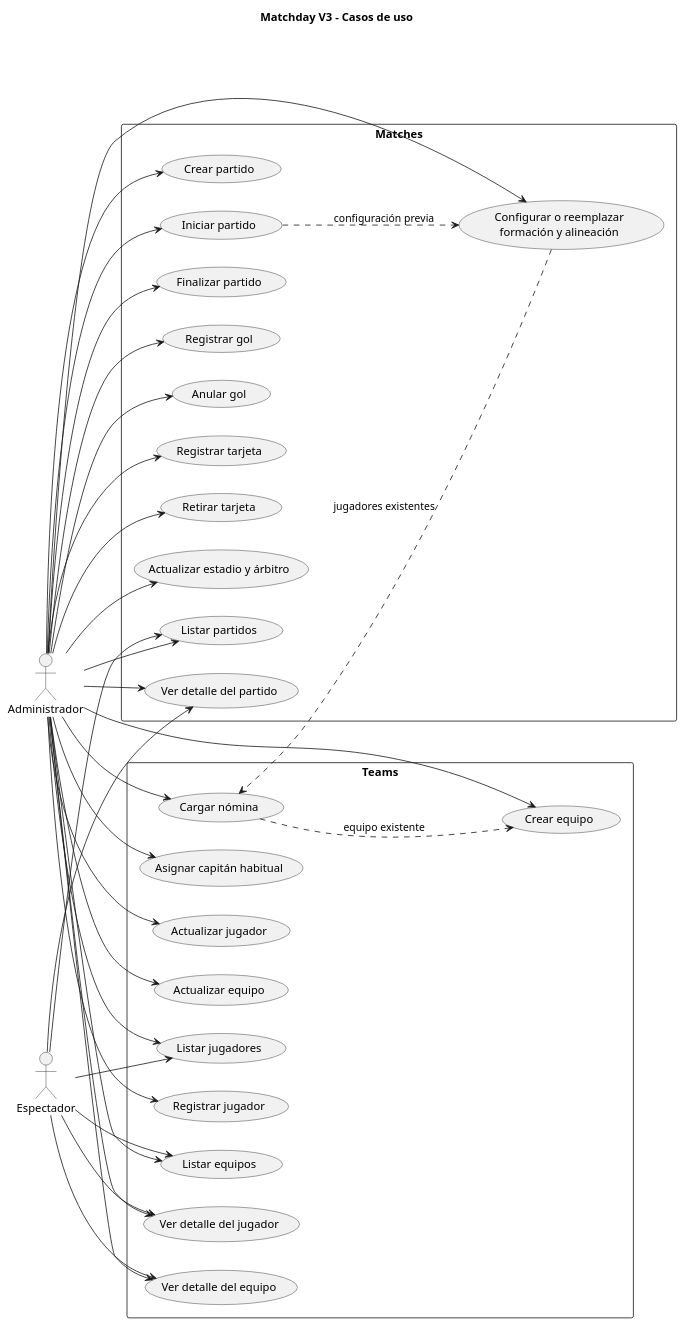
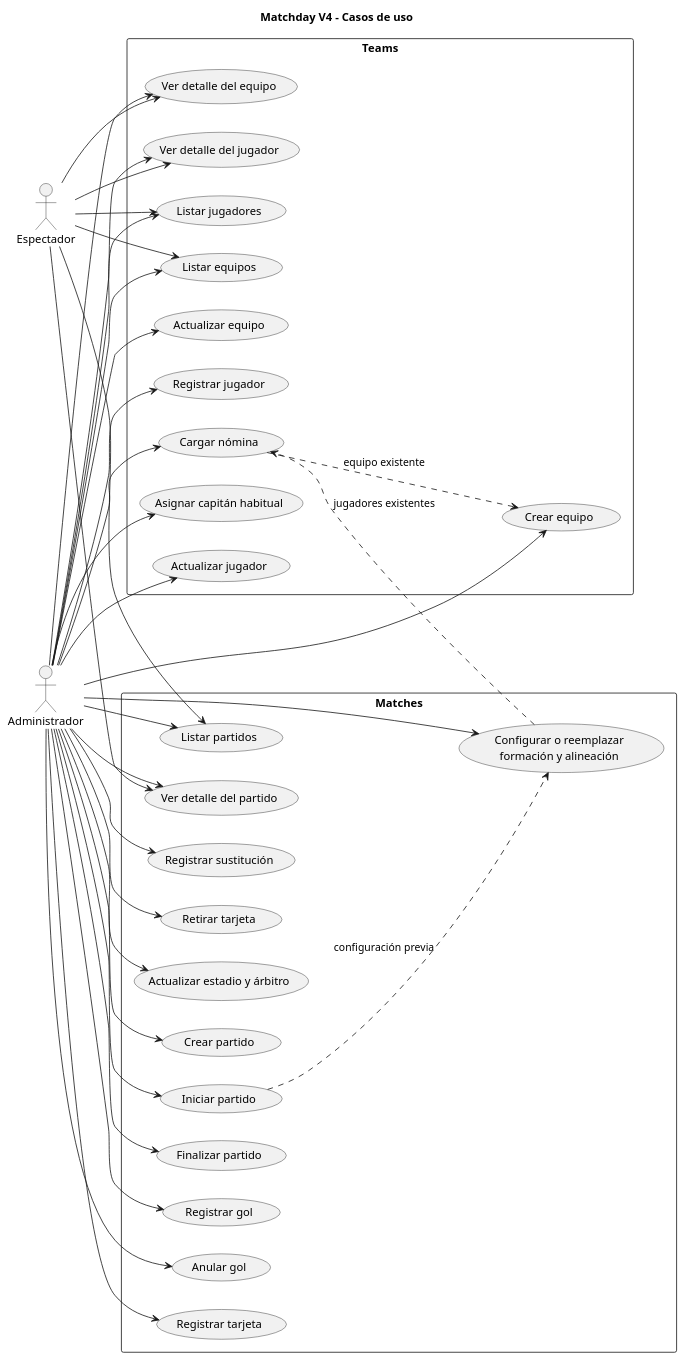
One commit to JaredDet/Match-Day changed the diagram in docs/diagrams/use-cases.puml. Above: the diagram before and after it, drawn with PlantUML. The commit also changed 23 other files, not shown here.

```diff
--- a/docs/diagrams/use-cases.puml
+++ b/docs/diagrams/use-cases.puml
@@ -1,68 +1,70 @@
 @startuml Matchday Use Cases
-title Matchday V3 - Casos de uso
+title Matchday V4 - Casos de uso
 
 left to right direction
 skinparam packageStyle rectangle
 
 actor Administrador as Admin
 actor Espectador as Viewer
 
 rectangle "Teams" {
   usecase "Crear equipo" as CreateTeam
   usecase "Actualizar equipo" as UpdateTeam
   usecase "Registrar jugador" as RegisterPlayer
   usecase "Cargar nómina" as RegisterSquad
   usecase "Asignar capitán habitual" as SetCaptain
   usecase "Actualizar jugador" as UpdatePlayer
   usecase "Listar equipos" as ListTeams
   usecase "Ver detalle del equipo" as GetTeam
   usecase "Listar jugadores" as ListPlayers
   usecase "Ver detalle del jugador" as GetPlayer
 }
 
 rectangle "Matches" {
   usecase "Crear partido" as CreateMatch
   usecase "Configurar o reemplazar\nformación y alineación" as SetLineup
   usecase "Iniciar partido" as StartMatch
   usecase "Finalizar partido" as FinishMatch
   usecase "Registrar gol" as RegisterGoal
   usecase "Anular gol" as DisallowGoal
   usecase "Registrar tarjeta" as RegisterCard
+  usecase "Registrar sustitución" as RegisterSubstitution
   usecase "Retirar tarjeta" as RescindCard
   usecase "Actualizar estadio y árbitro" as UpdateDetails
   usecase "Listar partidos" as ListMatches
   usecase "Ver detalle del partido" as GetMatch
 }
 
 Admin --> CreateTeam
 Admin --> UpdateTeam
 Admin --> RegisterPlayer
 Admin --> RegisterSquad
 Admin --> SetCaptain
 Admin --> UpdatePlayer
 Admin --> ListTeams
 Admin --> GetTeam
 Admin --> ListPlayers
 Admin --> GetPlayer
 Admin --> CreateMatch
 Admin --> SetLineup
 Admin --> StartMatch
 Admin --> FinishMatch
 Admin --> RegisterGoal
 Admin --> DisallowGoal
 Admin --> RegisterCard
+Admin --> RegisterSubstitution
 Admin --> RescindCard
 Admin --> UpdateDetails
 Admin --> ListMatches
 Admin --> GetMatch
 Viewer --> ListMatches
 Viewer --> GetMatch
 Viewer --> ListTeams
 Viewer --> GetTeam
 Viewer --> ListPlayers
 Viewer --> GetPlayer
 
 RegisterSquad ..> CreateTeam : equipo existente
 SetLineup ..> RegisterSquad : jugadores existentes
 StartMatch ..> SetLineup : configuración previa
 @enduml
```
